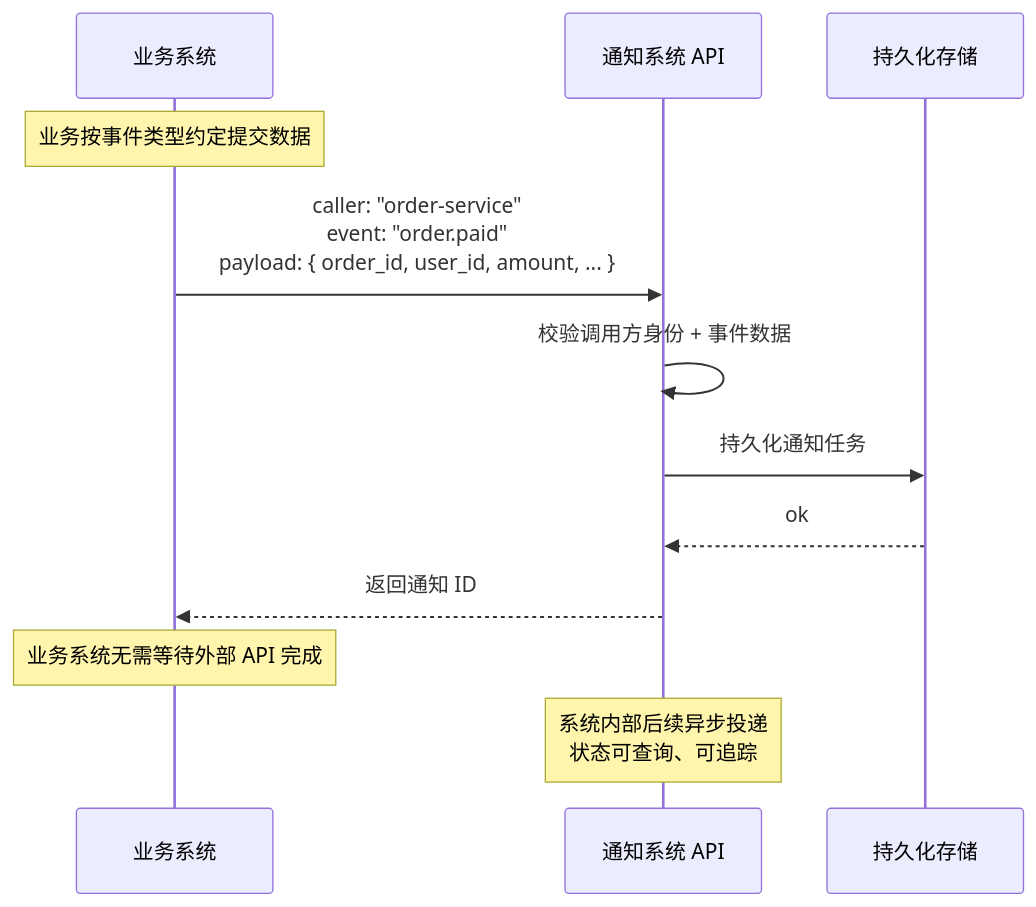
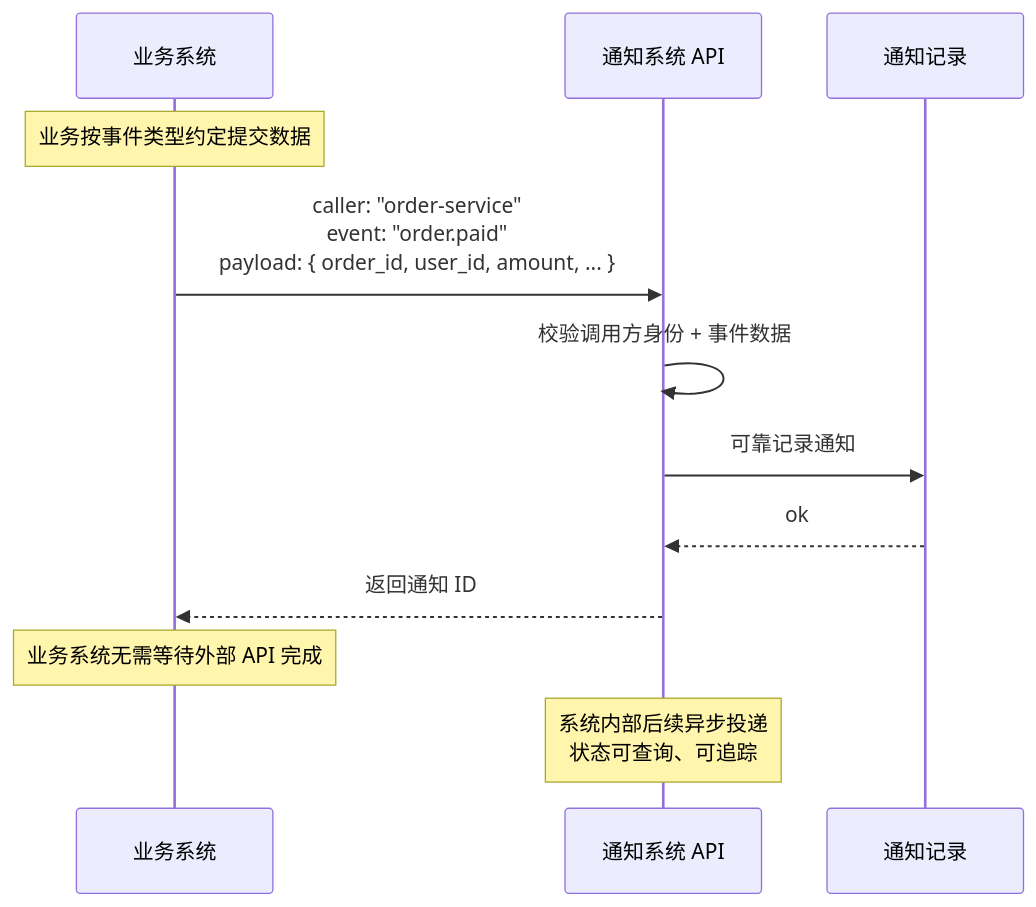
The second of 8 diagrams in doc/requirements/202605-notification.md (xnslong/rc_xnslong), drawn with Mermaid before and after one commit. The commit also changed other lines of this file and 27 other files, not shown here.

````diff
--- a/doc/requirements/202605-notification.md
+++ b/doc/requirements/202605-notification.md
@@ -112,15 +334,15 @@
 ```mermaid
 sequenceDiagram
     participant Biz as 业务系统
     participant API as 通知系统 API
-    participant Store as 持久化存储
+    participant Notif as 通知记录
 
     Note over Biz: 业务按事件类型约定提交数据
     Biz->>API: caller: "order-service"<br/>event: "order.paid"<br/>payload: { order_id, user_id, amount, ... }
     API->>API: 校验调用方身份 + 事件数据
-    API->>Store: 持久化通知任务
-    Store-->>API: ok
+    API->>Notif: 可靠记录通知
+    Notif-->>API: ok
     API-->>Biz: 返回通知 ID
     Note over Biz: 业务系统无需等待外部 API 完成
     Note over API: 系统内部后续异步投递<br/>状态可查询、可追踪
 ```
````
